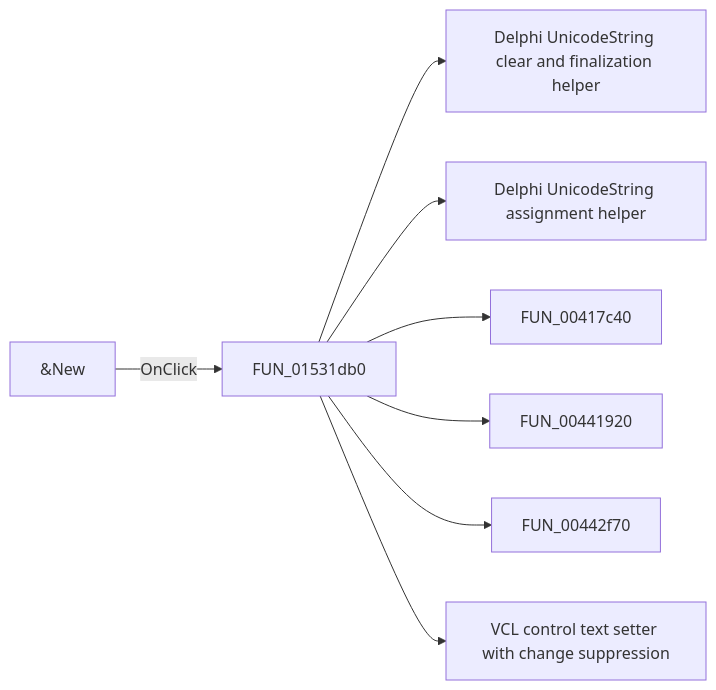
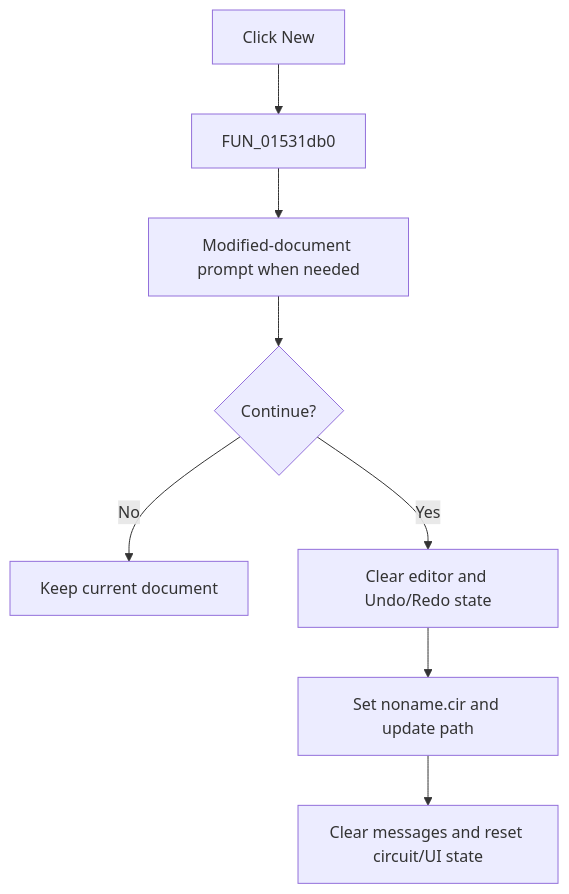
The diagram in docs/ui-controls/netlisteditor/minew-13efdc6619.md (MovGP0/TIARA), drawn with Mermaid before and after one commit. The commit also changed other lines of this file and 1062 other files, not shown here.

````diff
--- a/docs/ui-controls/netlisteditor/minew-13efdc6619.md
+++ b/docs/ui-controls/netlisteditor/minew-13efdc6619.md
@@ -27,10 +29,10 @@
 ```mermaid
-flowchart LR
-    control["&New"] -->|OnClick| handler["FUN_01531db0"]
-    handler --> call1["Delphi UnicodeString clear and finalization helper"]
-    handler --> call2["Delphi UnicodeString assignment helper"]
-    handler --> call3["FUN_00417c40"]
-    handler --> call4["FUN_00441920"]
-    handler --> call5["FUN_00442f70"]
-    handler --> call6["VCL control text setter with change suppression"]
+flowchart TD
+    control["Click New"] --> handler["FUN_01531db0"]
+    handler --> gate["Modified-document prompt when needed"]
+    gate --> allow{"Continue?"}
+    allow -->|No| stop["Keep current document"]
+    allow -->|Yes| clear["Clear editor and Undo/Redo state"]
+    clear --> name["Set noname.cir and update path"]
+    name --> reset["Clear messages and reset circuit/UI state"]
 ```
````
